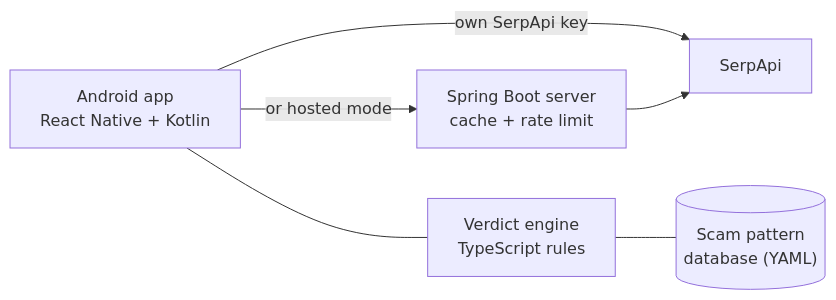
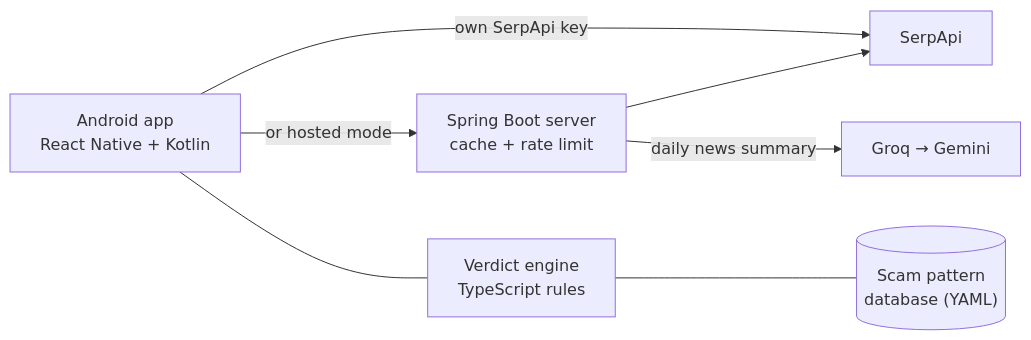
One commit to shubhh00/NoTopi changed the diagram in README.md. Above: the diagram before and after it, drawn with Mermaid. The commit also changed other lines of this file, not shown here.

Commit message:
Document the News tab and the server's keys file in the README

````diff
--- a/README.md
+++ b/README.md
@@ -95,8 +106,9 @@
 ```mermaid
 flowchart LR
   A["Android app<br/>React Native + Kotlin"] -->|own SerpApi key| S[SerpApi]
   A -->|or hosted mode| B["Spring Boot server<br/>cache + rate limit"]
   B --> S
+  B -->|daily news summary| L["Groq → Gemini"]
   A --- E["Verdict engine<br/>TypeScript rules"]
   E --- P[("Scam pattern<br/>database (YAML)")]
 ```
````
